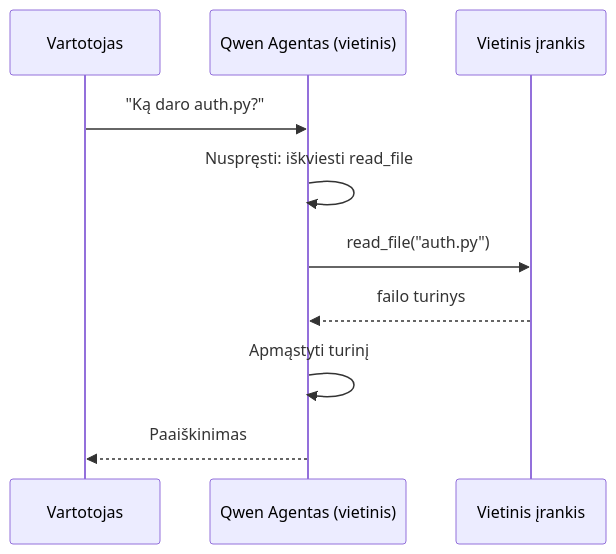
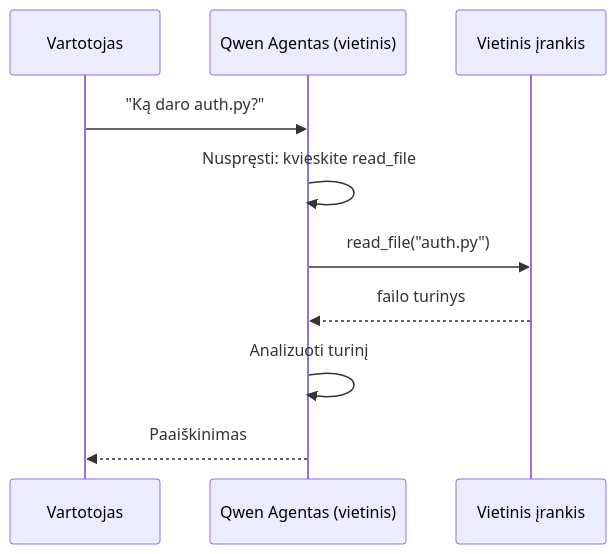
The second of 4 diagrams in translations/lt/17-creating-local-ai-agents/README.md (microsoft/ai-agents-for-beginners), drawn with Mermaid before and after one commit. The commit also changed other lines of this file and 45 other files, not shown here.

````diff
--- a/translations/lt/17-creating-local-ai-agents/README.md
+++ b/translations/lt/17-creating-local-ai-agents/README.md
@@ -106,12 +106,12 @@
 ```mermaid
 sequenceDiagram
     participant U as Vartotojas
     participant A as Qwen Agentas (vietinis)
     participant T as Vietinis įrankis
     U->>A: "Ką daro auth.py?"
-    A->>A: Nuspręsti: iškviesti read_file
+    A->>A: Nuspręsti: kvieskite read_file
     A->>T: read_file("auth.py")
     T-->>A: failo turinys
-    A->>A: Apmąstyti turinį
+    A->>A: Analizuoti turinį
     A-->>U: Paaiškinimas
 ```
````
